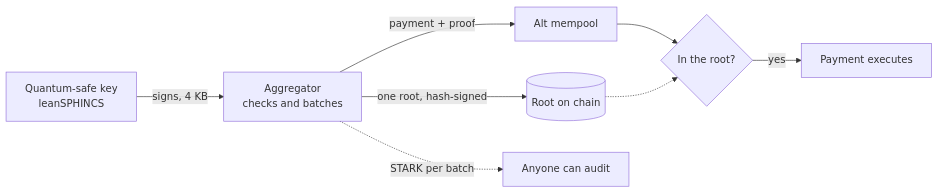
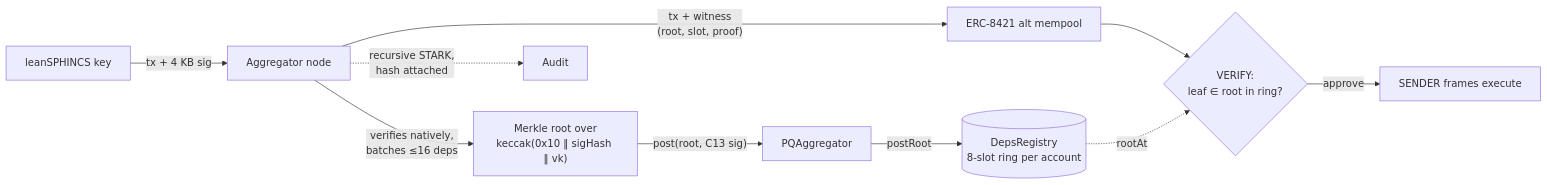
Before and after one commit to RomarioKavin1/QueueBit: the diagram in README.md, drawn with Mermaid. The commit also changed other lines of this file, not shown here.

Commit message:
docs(readme): how it works, precisely: EIP-8288 dependencies and roots, the quantum-safe root, no stake, keyed nonces

````diff
--- a/README.md
+++ b/README.md
@@ -19,10 +29,12 @@
 ```mermaid
 flowchart LR
-  B[Quantum-safe key<br/>leanSPHINCS] -->|signs, 4 KB| C[Aggregator<br/>checks and batches]
-  C -->|one root, hash-signed| D[(Root on chain)]
-  C -->|payment + proof| E[Alt mempool]
-  E --> F{In the root?}
-  D -.-> F
-  F -->|yes| G[Payment executes]
-  C -.->|STARK per batch| H[Anyone can audit]
+  K[leanSPHINCS key] -->|"tx + 4 KB sig"| N[Aggregator node]
+  N -->|"verifies natively,<br/>batches ≤16 deps"| R["Merkle root over<br/>keccak(0x10 ‖ sigHash ‖ vk)"]
+  R -->|"post(root, C13 sig)"| P[PQAggregator]
+  P -->|postRoot| G[("DepsRegistry<br/>8-slot ring per account")]
+  N -->|"tx + witness<br/>(root, slot, proof)"| M[ERC-8421 alt mempool]
+  M --> V{"VERIFY:<br/>leaf ∈ root in ring?"}
+  G -.->|rootAt| V
+  V -->|approve| S[SENDER frames execute]
+  N -.->|"recursive STARK,<br/>hash attached"| A[Audit]
 ```
````
